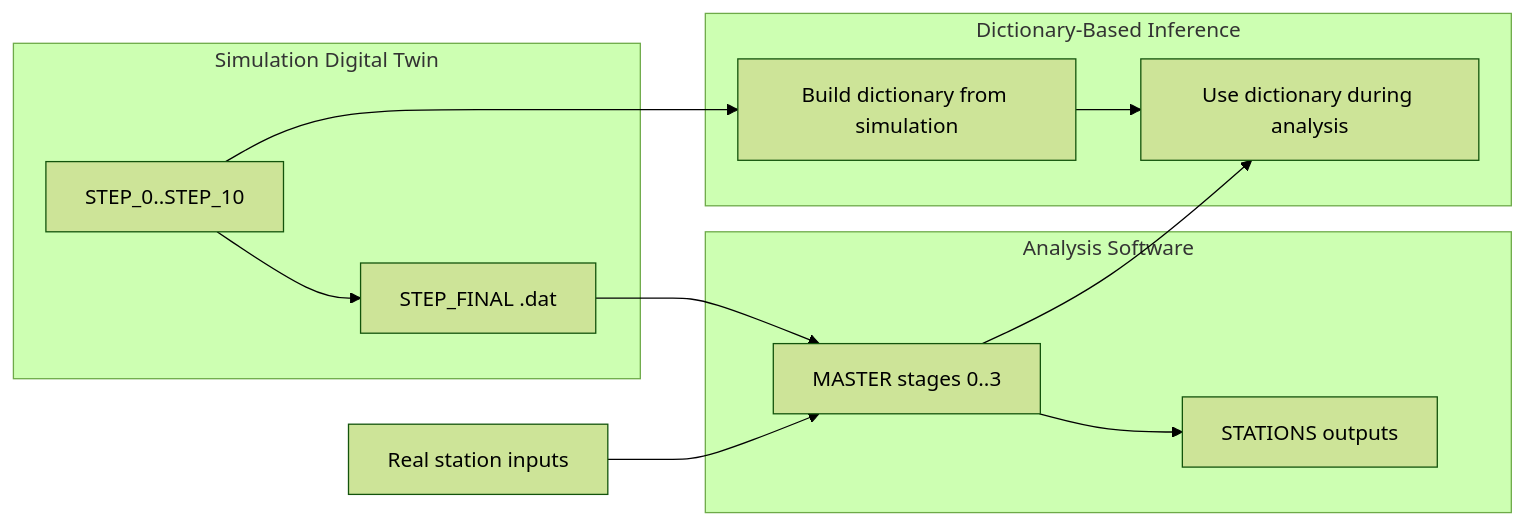
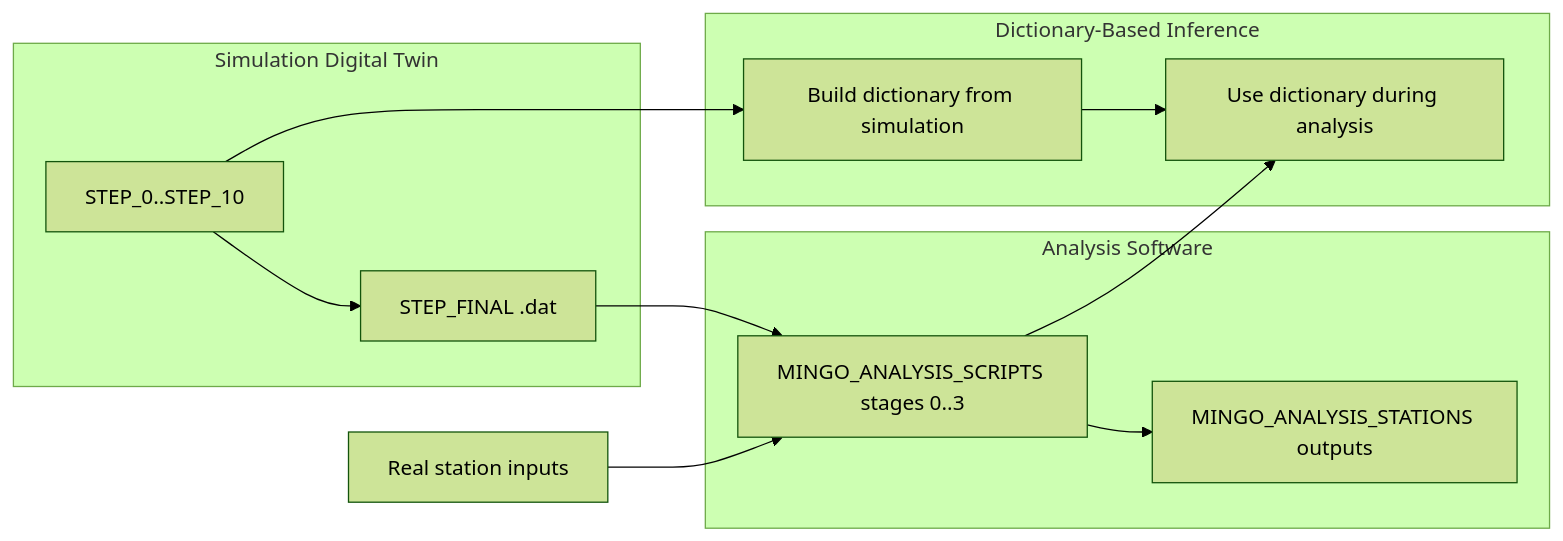
Before and after one commit to csoneira/DATAFLOW_v3: the diagram in DOCUMENTATION/docs/software/system-model.md, drawn with Mermaid (forest theme). The commit also changed other lines of this file and 62 other files, not shown here.

````diff
--- a/DOCUMENTATION/docs/software/system-model.md
+++ b/DOCUMENTATION/docs/software/system-model.md
@@ -15,25 +15,25 @@
 ```mermaid
 flowchart LR
     subgraph Analysis[Analysis Software]
-        M[MASTER stages 0..3]
-        S[STATIONS outputs]
+        M[MINGO_ANALYSIS_SCRIPTS stages 0..3]
+        S[MINGO_ANALYSIS_STATIONS outputs]
         M --> S
     end
 
     subgraph Twin[Simulation Digital Twin]
         T0[STEP_0..STEP_10]
         TF[STEP_FINAL .dat]
         T0 --> TF
     end
 
     subgraph Inference[Dictionary-Based Inference]
         D1[Build dictionary from simulation]
         D2[Use dictionary during analysis]
         D1 --> D2
     end
 
     R[Real station inputs] --> M
     TF --> M
     T0 --> D1
     M --> D2
 ```
````
